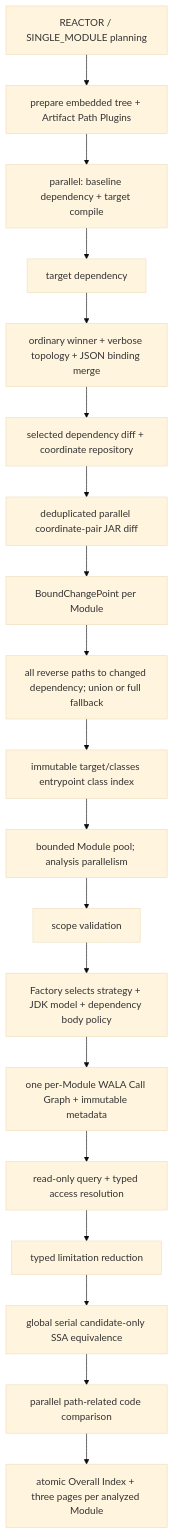
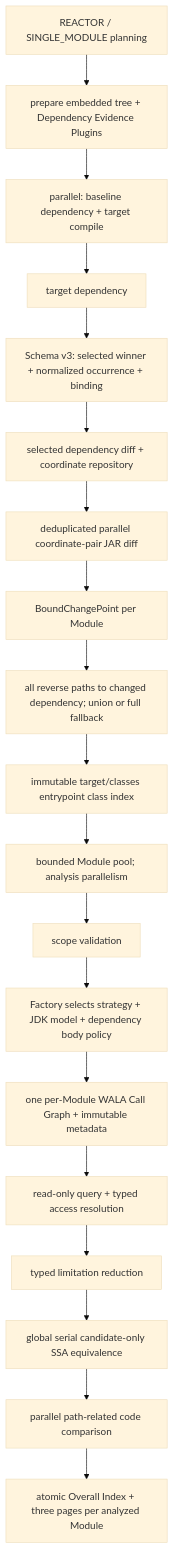
Before and after one commit to ymyii/change-impact-analyze: the diagram in wiki/architecture/dependency-analysis-pipelines.md, drawn with Mermaid (base theme). The commit also changed other lines of this file and 86 other files, not shown here.

First line of the commit message:
feat(impact)!: replace GraphML with structured dependency evidence

````diff
--- a/wiki/architecture/dependency-analysis-pipelines.md
+++ b/wiki/architecture/dependency-analysis-pipelines.md
@@ -52,21 +52,21 @@
 ```mermaid
 flowchart TD
-  Scope["REACTOR / SINGLE_MODULE planning"] --> Plugin["prepare embedded tree + Artifact Path Plugins"]
+  Scope["REACTOR / SINGLE_MODULE planning"] --> Plugin["prepare embedded tree + Dependency Evidence Plugins"]
   Plugin --> Front
   Front["parallel: baseline dependency + target compile"] --> TargetDep["target dependency"]
-  TargetDep --> Merge["ordinary winner + verbose topology + JSON binding merge"]
-  Merge --> DepDiff["selected dependency diff + coordinate repository"]
+  TargetDep --> Evidence["Schema v3: selected winner + normalized occurrence + binding"]
+  Evidence --> DepDiff["selected dependency diff + coordinate repository"]
   DepDiff --> JarDiff["deduplicated parallel coordinate-pair JAR diff"]
   JarDiff --> Bind["BoundChangePoint per Module"]
   Bind --> PathPlan["all reverse paths to changed dependency; union or full fallback"]
   PathPlan --> EntrySelection["immutable target/classes entrypoint class index"]
   EntrySelection --> ModulePool["bounded Module pool; analysis parallelism"]
   ModulePool --> ScopeValidation["scope validation"]
   ScopeValidation --> Strategy["Factory selects strategy + JDK model + dependency body policy"]
   Strategy --> CFA["one per-Module WALA Call Graph + immutable metadata"]
   CFA --> Query["read-only query + typed access resolution"]
   Query --> Coverage["typed limitation reduction"]
   Coverage --> SSA["global serial candidate-only SSA equivalence"]
   SSA --> Decompile["parallel path-related code comparison"]
   Decompile --> Report["atomic Overall Index + three pages per analyzed Module"]
 ```
````
